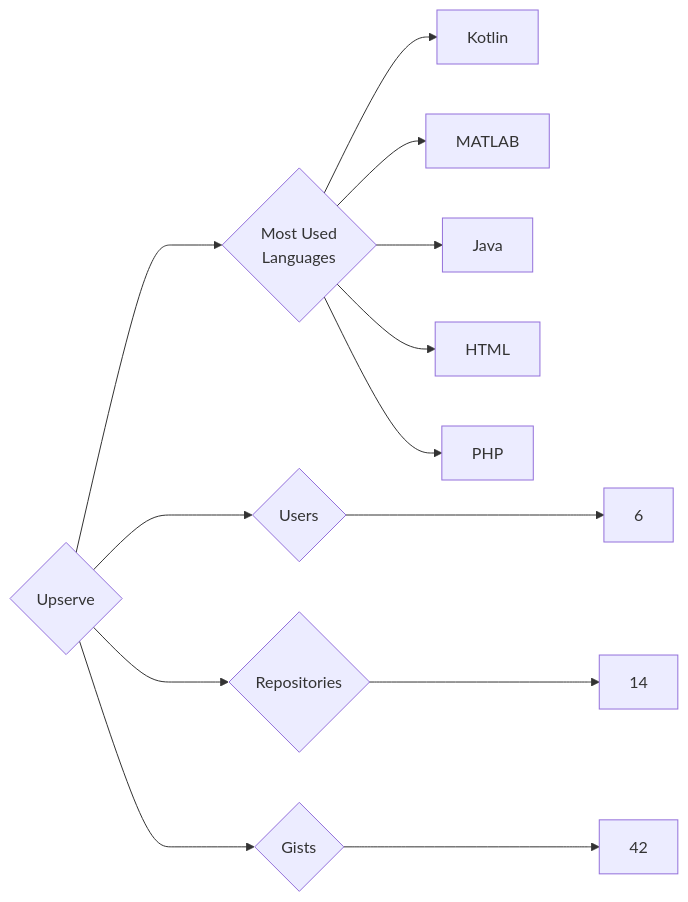
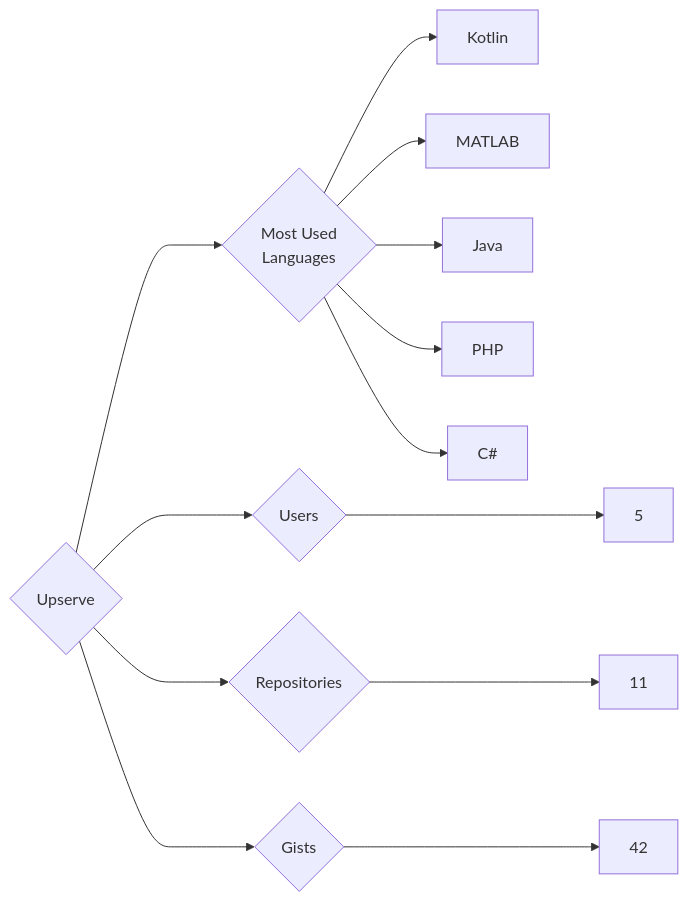
The diagram in targets/Upserve/README.md (trickest/insiders), drawn with Mermaid before and after one commit. The commit also changed 965 other files, not shown here.

````diff
--- a/targets/Upserve/README.md
+++ b/targets/Upserve/README.md
@@ -3,13 +3,13 @@
 ```mermaid
 graph LR
 COMPANY_NAME{Upserve}
-COMPANY_NAME ---> U{Users} ---> UN[6]
-COMPANY_NAME ---> R{Repositories} ---> RN[14]
+COMPANY_NAME ---> U{Users} ---> UN[5]
+COMPANY_NAME ---> R{Repositories} ---> RN[11]
 COMPANY_NAME ---> G{Gists} ---> GN[42]
 COMPANY_NAME ---> ML{Most Used<br>Languages}
 ML --> Kotlin[Kotlin]
 ML --> MATLAB[MATLAB]
 ML --> Java[Java]
-ML --> HTML[HTML]
 ML --> PHP[PHP]
+ML --> C#[C#]
 ```
````
